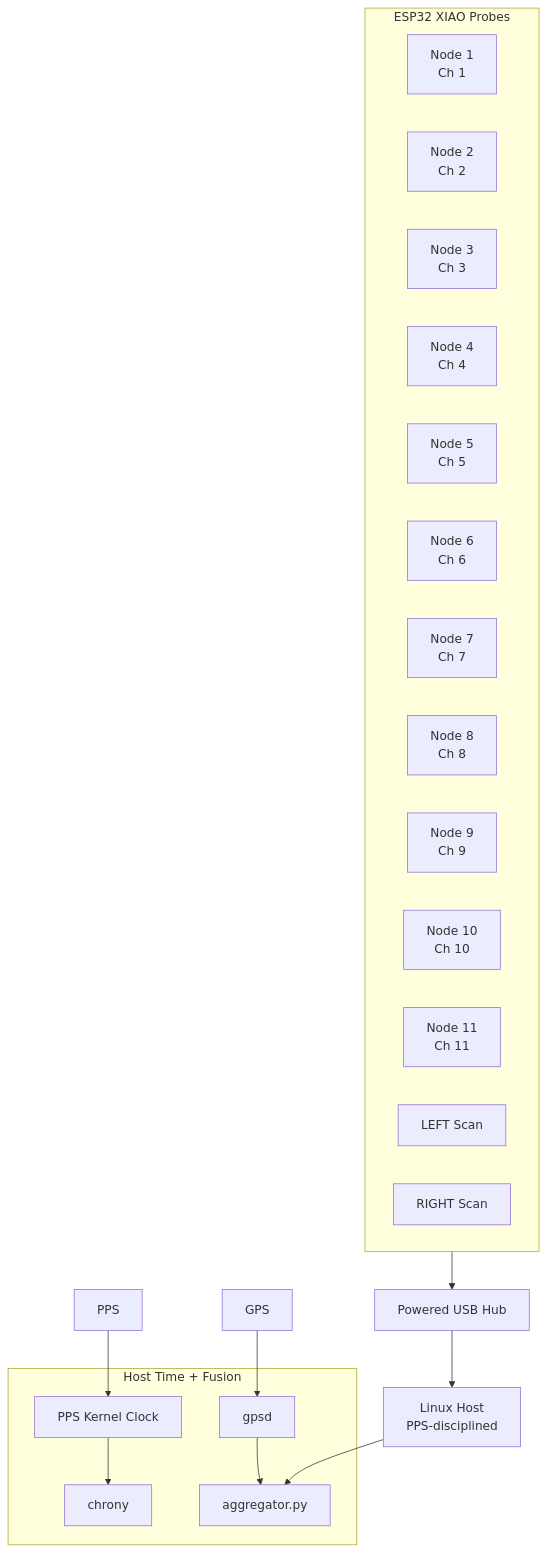
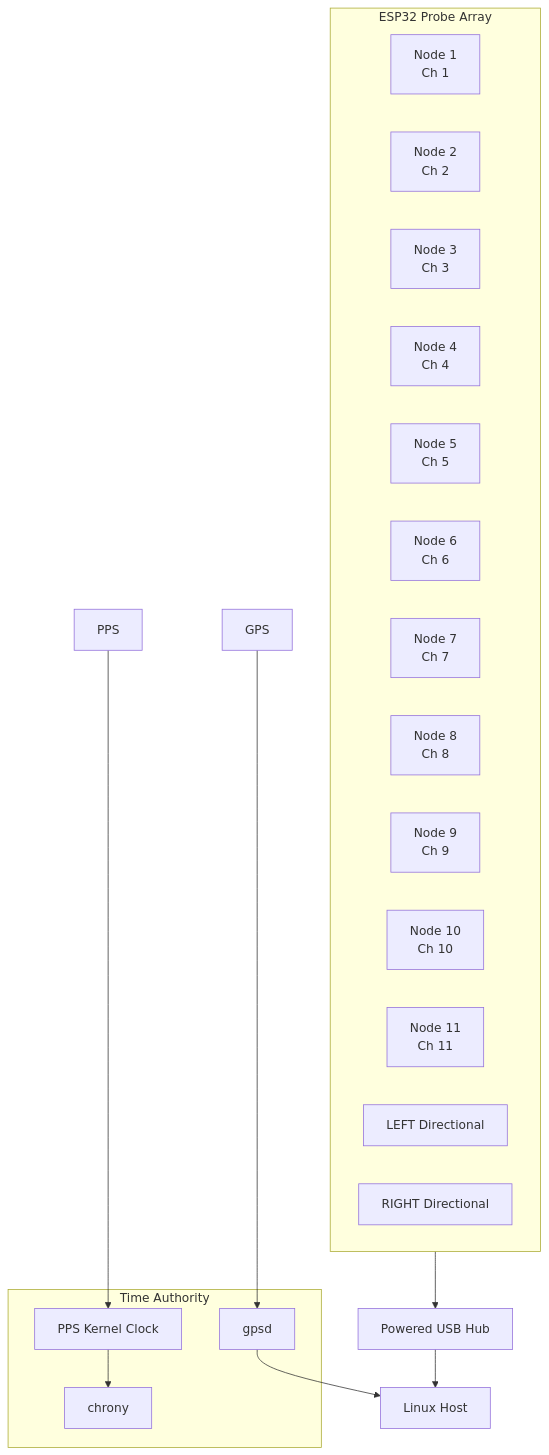
Before and after one commit to sbejarano/WiFi_Promiscuous: the second of 3 diagrams in Readme.md, drawn with Mermaid. The commit also changed other lines of this file, not shown here.

````diff
--- a/Readme.md
+++ b/Readme.md
@@ -104,35 +72,33 @@
 ```mermaid
 flowchart TB
 
-  subgraph Probes[ESP32 XIAO Probes]
-    N1[Node 1<br/>Ch 1]
-    N2[Node 2<br/>Ch 2]
-    N3[Node 3<br/>Ch 3]
-    N4[Node 4<br/>Ch 4]
-    N5[Node 5<br/>Ch 5]
-    N6[Node 6<br/>Ch 6]
-    N7[Node 7<br/>Ch 7]
-    N8[Node 8<br/>Ch 8]
-    N9[Node 9<br/>Ch 9]
-    N10[Node 10<br/>Ch 10]
-    N11[Node 11<br/>Ch 11]
-    NL[LEFT Scan]
-    NR[RIGHT Scan]
-  end
+    subgraph ESP[ESP32 Probe Array]
+        N1[Node 1<br/>Ch 1]
+        N2[Node 2<br/>Ch 2]
+        N3[Node 3<br/>Ch 3]
+        N4[Node 4<br/>Ch 4]
+        N5[Node 5<br/>Ch 5]
+        N6[Node 6<br/>Ch 6]
+        N7[Node 7<br/>Ch 7]
+        N8[Node 8<br/>Ch 8]
+        N9[Node 9<br/>Ch 9]
+        N10[Node 10<br/>Ch 10]
+        N11[Node 11<br/>Ch 11]
+        L[LEFT Directional]
+        R[RIGHT Directional]
+    end
 
-  HUB[Powered USB Hub]
-  HOST[Linux Host<br/>PPS‑disciplined]
+    HUB[Powered USB Hub]
+    HOST[Linux Host]
 
-  Probes --> HUB --> HOST
+    ESP --> HUB --> HOST
 
-  subgraph HostStack[Host Time + Fusion]
-    PPSK[PPS Kernel Clock]
-    CHRONY[chrony]
-    GPSD[gpsd]
-    AGG2[aggregator.py]
-  end
+    subgraph Time[Time Authority]
+        PPSK[PPS Kernel Clock]
+        CHRONY[chrony]
+        GPSD[gpsd]
+    end
 
-  PPS --> PPSK --> CHRONY
-  GPS --> GPSD --> AGG2
-  HOST --> AGG2
+    PPS --> PPSK --> CHRONY
+    GPS --> GPSD --> HOST
 ```
````
